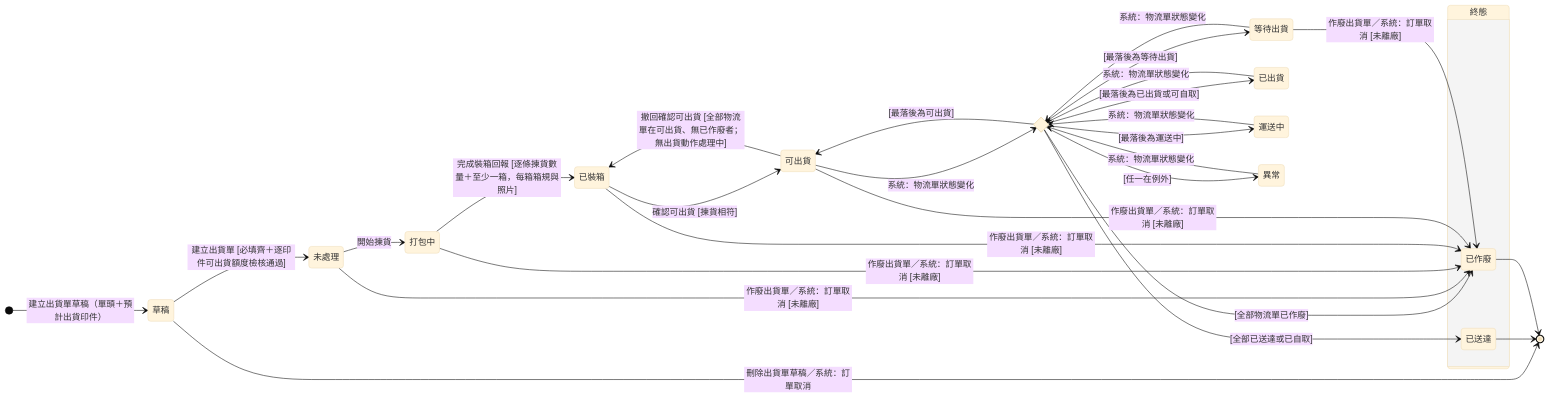
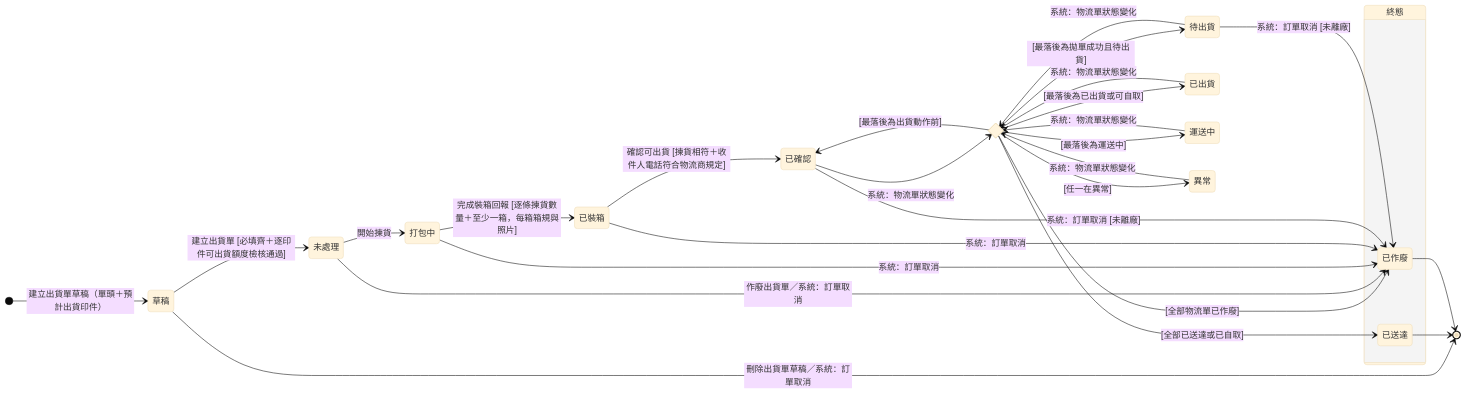
One commit to Kawato-Miles/erp-spec changed the diagram in memory/Sens_wiki/wiki/erp/06-state-machines/出貨單狀態.md. Above: the diagram before and after it, drawn with Mermaid (base theme). The commit also changed other lines of this file and 51 other files, not shown here.

````diff
--- a/memory/Sens_wiki/wiki/erp/06-state-machines/出貨單狀態.md
+++ b/memory/Sens_wiki/wiki/erp/06-state-machines/出貨單狀態.md
@@ -67,54 +68,53 @@
 ```mermaid
 stateDiagram-v2
     direction LR
 
     state "草稿" as s_draft
     state "未處理" as s_pending
     state "打包中" as s_packing
     state "已裝箱" as s_packed
-    state "可出貨" as s_ready
-    state "等待出貨" as s_waiting
+    state "已確認" as s_ready
+    state "待出貨" as s_waiting
     state "已出貨" as s_shipped
     state "運送中" as s_transit
     state "異常" as s_exception
 
     [*] --> s_draft : 建立出貨單草稿（單頭＋預計出貨印件）
 
     state "終態" as Final {
         direction LR
         state "已送達" as s_arrived
         state "已作廢" as s_void
     }
 
     state recalc <<choice>>
 
     s_draft --> s_pending : 建立出貨單 [必填齊＋逐印件可出貨額度檢核通過]
     s_draft --> [*] : 刪除出貨單草稿／系統：訂單取消
     s_pending --> s_packing : 開始揀貨
     s_packing --> s_packed : 完成裝箱回報 [逐條揀貨數量＋至少一箱，每箱箱規與照片]
-    s_packed --> s_ready : 確認可出貨 [揀貨相符]
-    s_ready --> s_packed : 撤回確認可出貨 [全部物流單在可出貨、無已作廢者；無出貨動作處理中]
+    s_packed --> s_ready : 確認可出貨 [揀貨相符＋收件人電話符合物流商規定]
 
     s_ready --> recalc : 系統：物流單狀態變化
     s_waiting --> recalc : 系統：物流單狀態變化
     s_shipped --> recalc : 系統：物流單狀態變化
     s_transit --> recalc : 系統：物流單狀態變化
     s_exception --> recalc : 系統：物流單狀態變化
 
-    recalc --> s_ready : [最落後為可出貨]
-    recalc --> s_waiting : [最落後為等待出貨]
+    recalc --> s_ready : [最落後為出貨動作前]
+    recalc --> s_waiting : [最落後為拋單成功且待出貨]
     recalc --> s_shipped : [最落後為已出貨或可自取]
     recalc --> s_transit : [最落後為運送中]
-    recalc --> s_exception : [任一在例外]
+    recalc --> s_exception : [任一在異常]
     recalc --> s_arrived : [全部已送達或已自取]
     recalc --> s_void : [全部物流單已作廢]
 
-    s_pending --> s_void : 作廢出貨單／系統：訂單取消 [未離廠]
-    s_packing --> s_void : 作廢出貨單／系統：訂單取消 [未離廠]
-    s_packed --> s_void : 作廢出貨單／系統：訂單取消 [未離廠]
-    s_ready --> s_void : 作廢出貨單／系統：訂單取消 [未離廠]
-    s_waiting --> s_void : 作廢出貨單／系統：訂單取消 [未離廠]
+    s_pending --> s_void : 作廢出貨單／系統：訂單取消
+    s_packing --> s_void : 系統：訂單取消
+    s_packed --> s_void : 系統：訂單取消
+    s_ready --> s_void : 系統：訂單取消 [未離廠]
+    s_waiting --> s_void : 系統：訂單取消 [未離廠]
 
     s_arrived --> [*]
     s_void --> [*]
 ```
````
